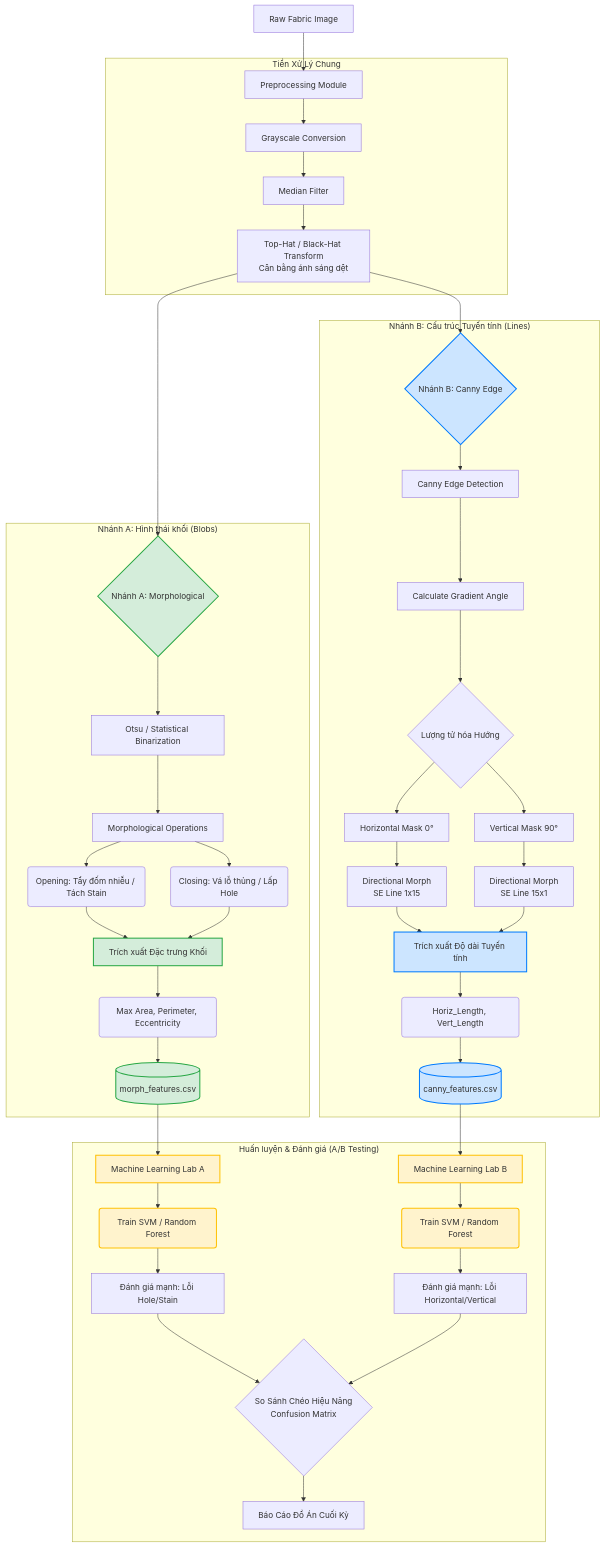
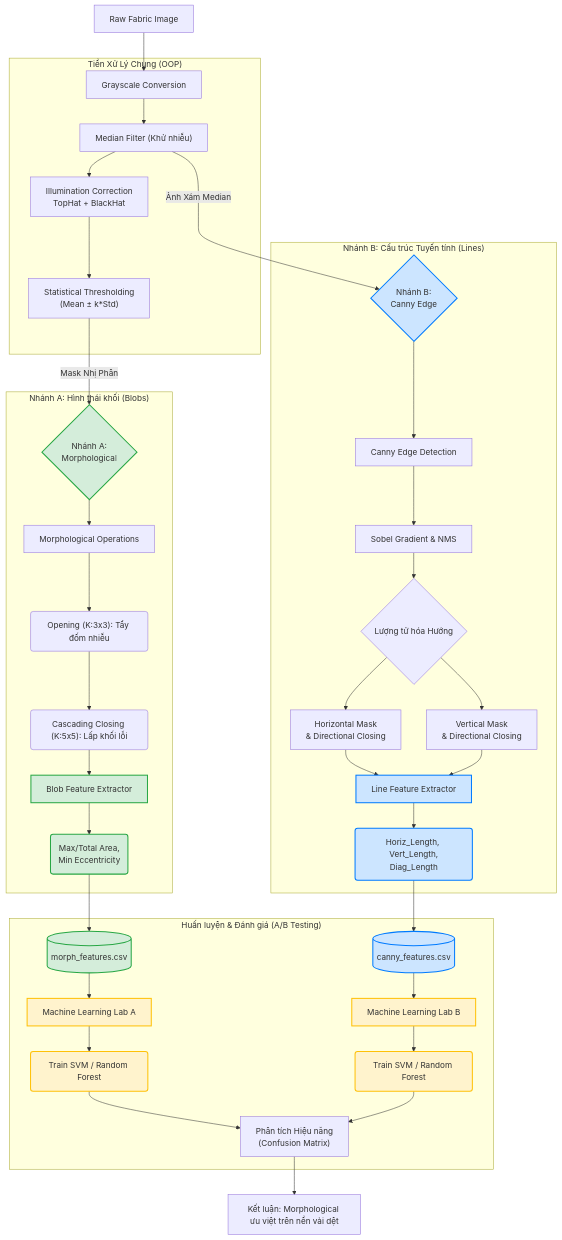
Before and after one commit to NgocHuyen2309/Surface_Defect_Detection_System: the diagram in docs/ab_testing_dataflow.md, drawn with Mermaid. The commit also changed 26 other files, not shown here.

Commit message:
feat: complete robust feature extraction, optimize morph kernels, fix canny directional filter and polish docs closes #27

````diff
--- a/docs/ab_testing_dataflow.md
+++ b/docs/ab_testing_dataflow.md
@@ -5,68 +5,62 @@
 ```mermaid
 graph TD
     %% Input Layer
-    Input["Raw Fabric Image"] --> Preprocess["Preprocessing Module"]
+    Input["Raw Fabric Image"] --> Gray["Grayscale Conversion"]
     
     %% Preprocessing
-    subgraph S1 ["Tiền Xử Lý Chung"]
-        Preprocess --> Gray["Grayscale Conversion"]
-        Gray --> Median["Median Filter"]
-        Median --> TopHat["Top-Hat / Black-Hat Transform<br>Cân bằng ánh sáng dệt"]
+    subgraph S1 ["Tiền Xử Lý Chung (OOP)"]
+        Gray --> Median["Median Filter (Khử nhiễu)"]
+        Median --> TopHat["Illumination Correction<br>TopHat + BlackHat"]
+        TopHat --> StatThresh["Statistical Thresholding<br>(Mean ± k*Std)"]
     end
 
     %% Split into two branches
-    TopHat --> BranchA{"Nhánh A: Morphological"}
-    TopHat --> BranchB{"Nhánh B: Canny Edge"}
+    StatThresh -->|Mask Nhị Phân| BranchA{"Nhánh A:<br>Morphological"}
+    Median -->|Ảnh Xám Median| BranchB{"Nhánh B:<br>Canny Edge"}
 
     %% Branch A: Morphological
     subgraph S2 ["Nhánh A: Hình thái khối (Blobs)"]
-        BranchA --> Otsu["Otsu / Statistical Binarization"]
-        Otsu --> MorphOp["Morphological Operations"]
-        MorphOp --> Opening("Opening: Tẩy đốm nhiễu / Tách Stain")
-        MorphOp --> Closing("Closing: Vá lỗ thủng / Lấp Hole")
-        Opening --> ExtractA["Trích xuất Đặc trưng Khối"]
-        Closing --> ExtractA
-        ExtractA --> FeatA("Max Area, Perimeter, Eccentricity")
-        FeatA --> CSV_A[("morph_features.csv")]
+        BranchA --> MorphOp["Morphological Operations"]
+        MorphOp --> Opening("Opening (K:3x3): Tẩy đốm nhiễu")
+        Opening --> Closing("Cascading Closing (K:5x5): Lấp khối lỗi")
+        Closing --> ExtractA["Blob Feature Extractor"]
+        ExtractA --> FeatA("Max/Total Area,<br>Min Eccentricity")
     end
 
     %% Branch B: Canny Edge
     subgraph S3 ["Nhánh B: Cấu trúc Tuyến tính (Lines)"]
         BranchB --> Canny["Canny Edge Detection"]
-        Canny --> Gradient["Calculate Gradient Angle"]
+        Canny --> Gradient["Sobel Gradient & NMS"]
         Gradient --> SplitAngle{"Lượng tử hóa Hướng"}
-        SplitAngle --> HorizMask["Horizontal Mask 0°"]
-        SplitAngle --> VertMask["Vertical Mask 90°"]
-        HorizMask --> DirFilterH["Directional Morph<br>SE Line 1x15"]
-        VertMask --> DirFilterV["Directional Morph<br>SE Line 15x1"]
-        DirFilterH --> ExtractB["Trích xuất Độ dài Tuyến tính"]
+        SplitAngle --> DirFilterH["Horizontal Mask<br>& Directional Closing"]
+        SplitAngle --> DirFilterV["Vertical Mask<br>& Directional Closing"]
+        DirFilterH --> ExtractB["Line Feature Extractor"]
         DirFilterV --> ExtractB
-        ExtractB --> FeatB("Horiz_Length, Vert_Length")
-        FeatB --> CSV_B[("canny_features.csv")]
+        ExtractB --> FeatB("Horiz_Length, Vert_Length,<br>Diag_Length")
     end
 
+    %% CSV Data Output (Bridges)
+    FeatA --> CSV_A[("morph_features.csv")]
+    FeatB --> CSV_B[("canny_features.csv")]
+
     %% Machine Learning Phase
-    CSV_A --> ML_A["Machine Learning Lab A"]
-    CSV_B --> ML_B["Machine Learning Lab B"]
-
     subgraph S4 ["Huấn luyện & Đánh giá (A/B Testing)"]
+        CSV_A --> ML_A["Machine Learning Lab A"]
+        CSV_B --> ML_B["Machine Learning Lab B"]
         ML_A --> TrainA("Train SVM / Random Forest")
         ML_B --> TrainB("Train SVM / Random Forest")
-        
-        TrainA --> EvalA["Đánh giá mạnh: Lỗi Hole/Stain"]
-        TrainB --> EvalB["Đánh giá mạnh: Lỗi Horizontal/Vertical"]
-        
-        EvalA --> Compare{"So Sánh Chéo Hiệu Năng<br>Confusion Matrix"}
-        EvalB --> Compare
-        Compare --> Report["Báo Cáo Đồ Án Cuối Kỳ"]
+        TrainA --> EvalA["Phân tích Hiệu năng<br>(Confusion Matrix)"]
+        TrainB --> EvalA
     end
+
+    EvalA --> Report["Kết luận: Morphological ưu việt trên nền vải dệt"]
     
     %% Styling
     classDef branchA fill:#d4edda,stroke:#28a745,stroke-width:2px;
     classDef branchB fill:#cce5ff,stroke:#007bff,stroke-width:2px;
     classDef mlPhase fill:#fff3cd,stroke:#ffc107,stroke-width:2px;
     
-    class BranchA,CSV_A,ExtractA branchA;
-    class BranchB,CSV_B,ExtractB branchB;
+    class BranchA,CSV_A,ExtractA,FeatA branchA;
+    class BranchB,CSV_B,ExtractB,FeatB branchB;
     class ML_A,ML_B,TrainA,TrainB mlPhase;
 ```
````
